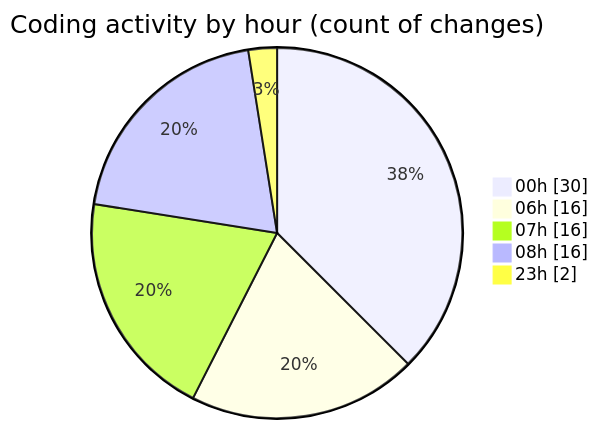
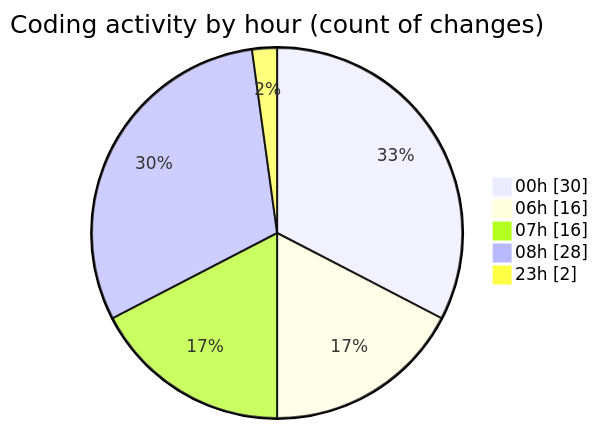
The second of 2 diagrams in 2026-04-08/t2s/README.md (Unknowalive/code-tracking), drawn with Mermaid before and after one commit. The commit also changed other lines of this file and 1 other file, not shown here.

````diff
--- a/2026-04-08/t2s/README.md
+++ b/2026-04-08/t2s/README.md
@@ -59,9 +65,9 @@
 ```mermaid
 pie showData
 title Coding activity by hour (count of changes)
 "00h" : 30
 "06h" : 16
 "07h" : 16
-"08h" : 16
+"08h" : 28
 "23h" : 2
 ```
````
